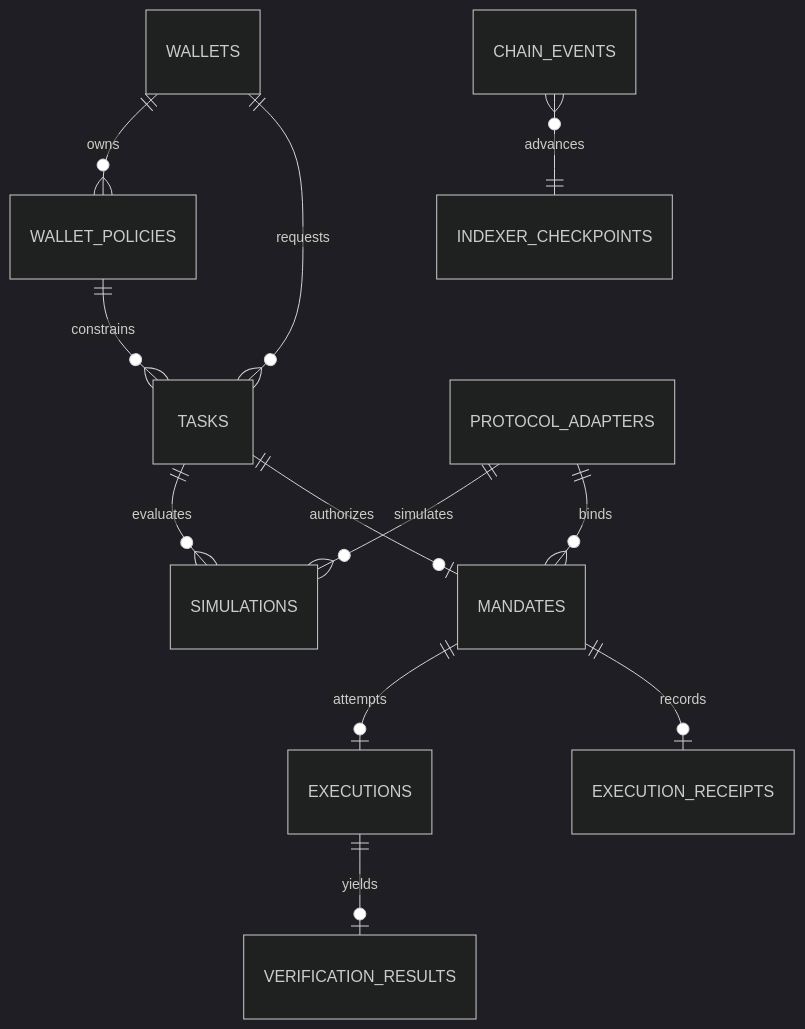
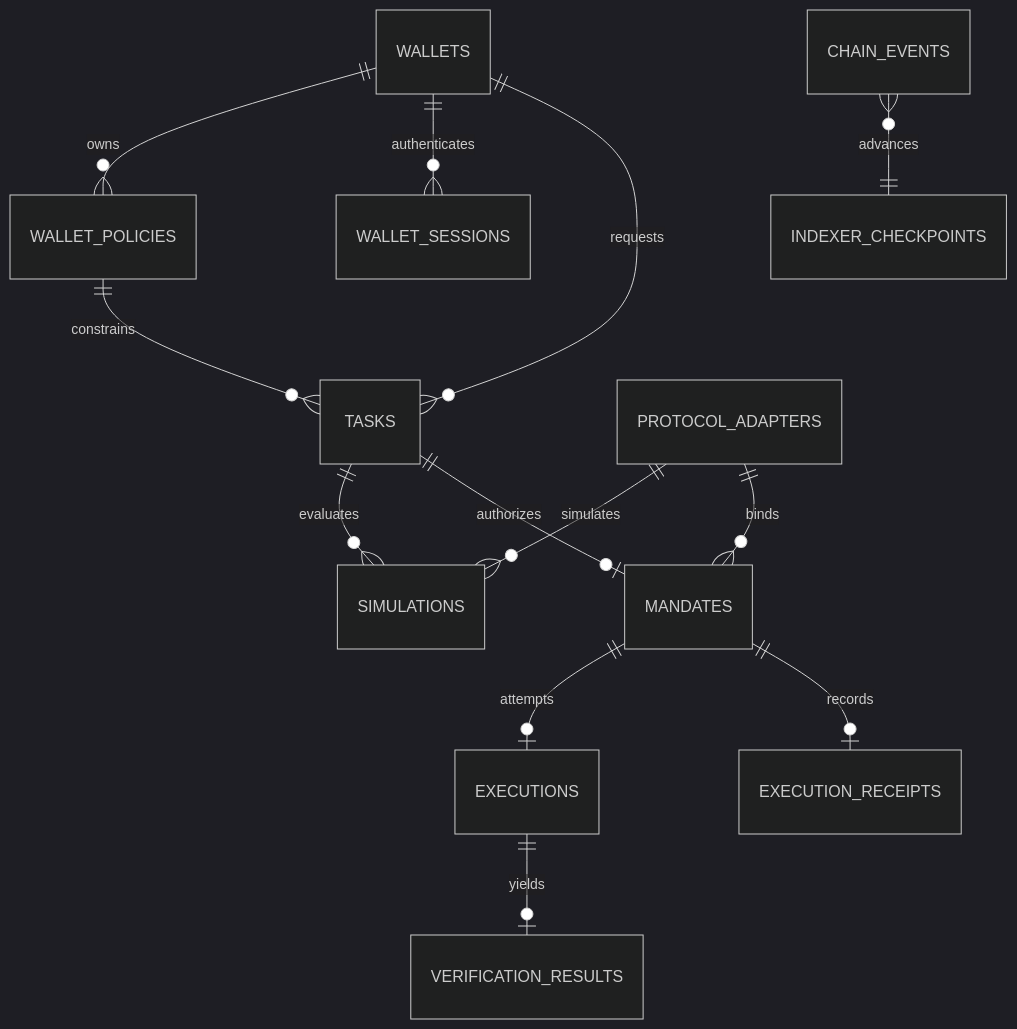
One commit to Dylansius11/perago changed the diagram in docs/technical/ERD.md. Above: the diagram before and after it, drawn with Mermaid (dark theme). The commit also changed other lines of this file and 4 other files, not shown here.

````diff
--- a/docs/technical/ERD.md
+++ b/docs/technical/ERD.md
@@ -36,14 +36,15 @@
 ```mermaid
 erDiagram
   WALLETS ||--o{ WALLET_POLICIES : owns
+  WALLETS ||--o{ WALLET_SESSIONS : authenticates
   WALLETS ||--o{ TASKS : requests
   WALLET_POLICIES ||--o{ TASKS : constrains
   TASKS ||--o{ SIMULATIONS : evaluates
   TASKS ||--o| MANDATES : authorizes
   PROTOCOL_ADAPTERS ||--o{ SIMULATIONS : simulates
   PROTOCOL_ADAPTERS ||--o{ MANDATES : binds
   MANDATES ||--o| EXECUTIONS : attempts
   EXECUTIONS ||--o| VERIFICATION_RESULTS : yields
   MANDATES ||--o| EXECUTION_RECEIPTS : records
   CHAIN_EVENTS }o--|| INDEXER_CHECKPOINTS : advances
 ```
````
